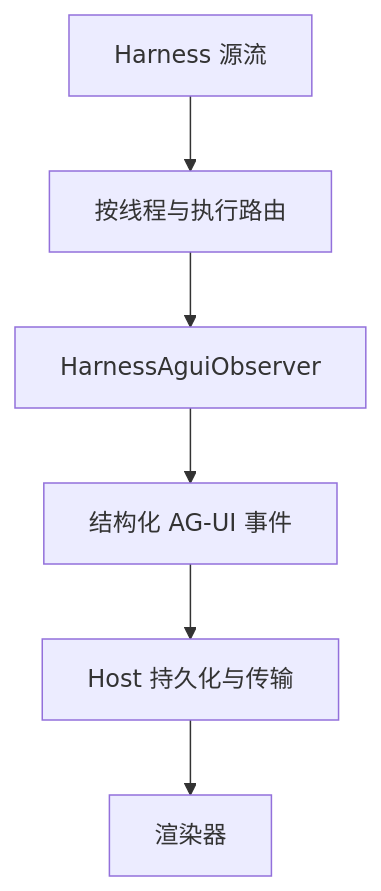
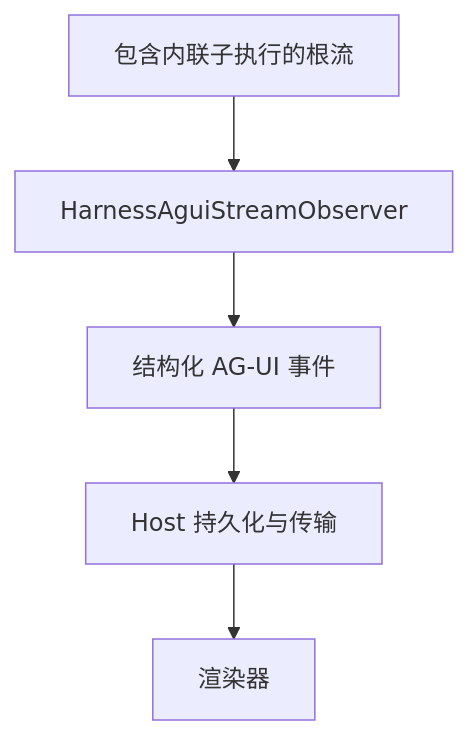
Before and after one commit to converge-ai-labs/agent-foundation: the diagram in docs/a13n-stream-protocol/index.zh-CN.md, drawn with Mermaid. The commit also changed other lines of this file and 90 other files, not shown here.

````diff
--- a/docs/a13n-stream-protocol/index.zh-CN.md
+++ b/docs/a13n-stream-protocol/index.zh-CN.md
@@ -19,8 +19,7 @@
 ```mermaid
 flowchart TB
-    Run["Harness 源流"] --> Router["按线程与执行路由"]
-    Router --> Observer["HarnessAguiObserver"]
+    Run["包含内联子执行的根流"] --> Observer["HarnessAguiStreamObserver"]
     Observer --> Events["结构化 AG-UI 事件"]
     Events --> Host["Host 持久化与传输"]
     Host --> UI["渲染器"]
 ```
````
